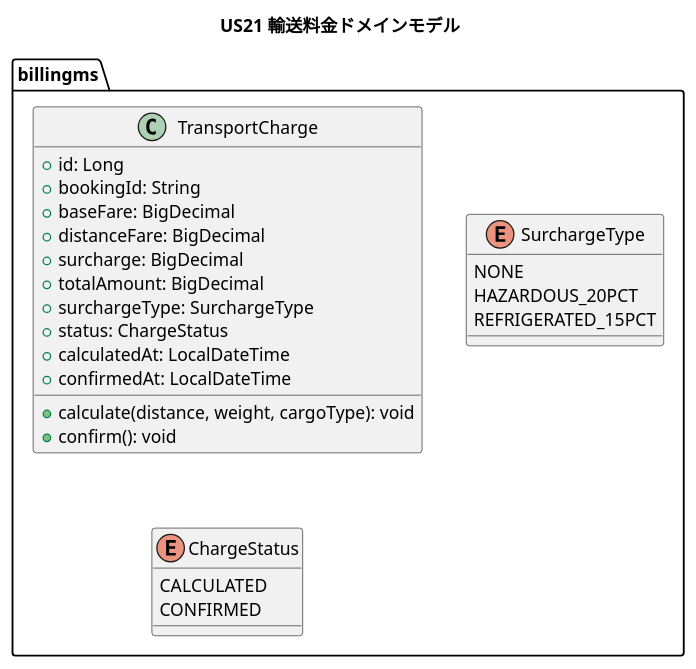
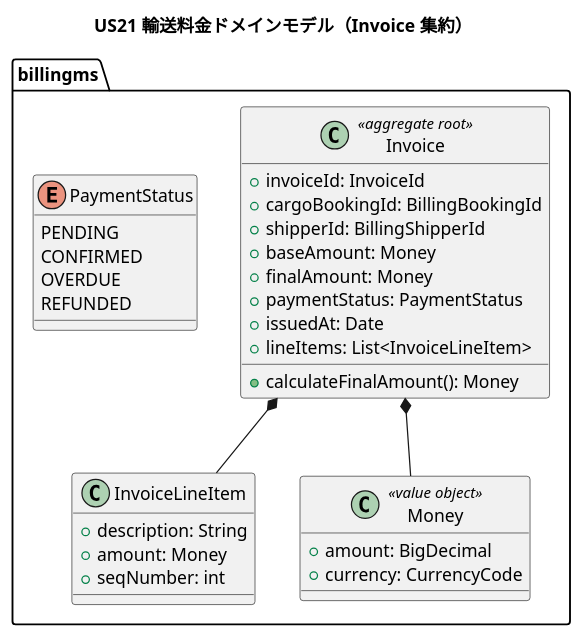
One commit to k2works/case-study-cargo-tracker changed the fourth of 8 diagrams in docs/development/iteration_plan-8.md. Above: the diagram before and after it, drawn with PlantUML. The commit also changed other lines of this file, not shown here.

````diff
--- a/docs/development/iteration_plan-8.md
+++ b/docs/development/iteration_plan-8.md
@@ -202,33 +213,40 @@
 ```plantuml
 @startuml
-title US21 輸送料金ドメインモデル
+title US21 輸送料金ドメインモデル（Invoice 集約）
 
 package "billingms" {
-  class TransportCharge {
-    + id: Long
-    + bookingId: String
-    + baseFare: BigDecimal
-    + distanceFare: BigDecimal
-    + surcharge: BigDecimal
-    + totalAmount: BigDecimal
-    + surchargeType: SurchargeType
-    + status: ChargeStatus
-    + calculatedAt: LocalDateTime
-    + confirmedAt: LocalDateTime
-    + calculate(distance, weight, cargoType): void
-    + confirm(): void
+  class Invoice <<aggregate root>> {
+    + invoiceId: InvoiceId
+    + cargoBookingId: BillingBookingId
+    + shipperId: BillingShipperId
+    + baseAmount: Money
+    + finalAmount: Money
+    + paymentStatus: PaymentStatus
+    + issuedAt: Date
+    + lineItems: List<InvoiceLineItem>
+    + calculateFinalAmount(): Money
   }
 
-  enum SurchargeType {
-    NONE
-    HAZARDOUS_20PCT
-    REFRIGERATED_15PCT
+  class InvoiceLineItem {
+    + description: String
+    + amount: Money
+    + seqNumber: int
   }
 
-  enum ChargeStatus {
-    CALCULATED
+  class Money <<value object>> {
+    + amount: BigDecimal
+    + currency: CurrencyCode
+  }
+
+  enum PaymentStatus {
+    PENDING
     CONFIRMED
+    OVERDUE
+    REFUNDED
   }
 }
+
+Invoice *-- InvoiceLineItem
+Invoice *-- Money
 @enduml
 ```
````
